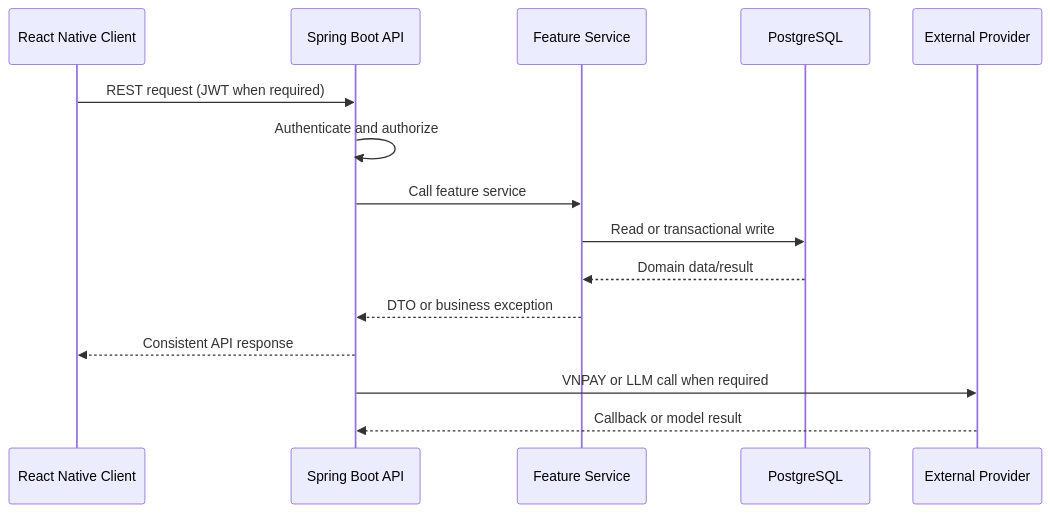
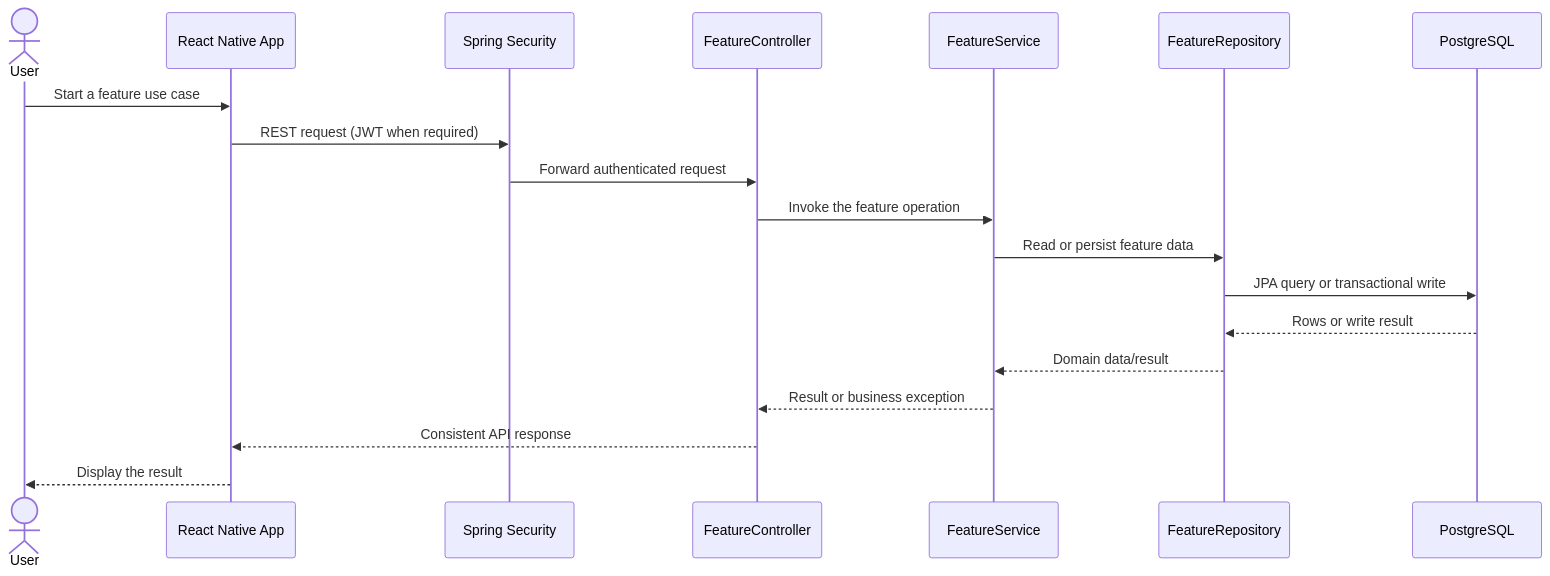
One commit to e-commercial-marketplace/commerce-platform-docs changed the second of 3 diagrams in SYSTEM_OVERVIEW.md. Above: the diagram before and after it, drawn with Mermaid. The commit also changed other lines of this file and 5 other files, not shown here.

First line of the commit message:
docs(architecture): document call path, sequence index and layers

````diff
--- a/SYSTEM_OVERVIEW.md
+++ b/SYSTEM_OVERVIEW.md
@@ -71,18 +71,22 @@
 ```mermaid
 sequenceDiagram
-    participant C as React Native Client
-    participant API as Spring Boot API
-    participant S as Feature Service
+    actor User
+    participant App as React Native App
+    participant Security as Spring Security
+    participant Controller as FeatureController
+    participant Service as FeatureService
+    participant Repository as FeatureRepository
     participant DB as PostgreSQL
-    participant EXT as External Provider
 
-    C->>API: REST request (JWT when required)
-    API->>API: Authenticate and authorize
-    API->>S: Call feature service
-    S->>DB: Read or transactional write
-    DB-->>S: Domain data/result
-    S-->>API: DTO or business exception
-    API-->>C: Consistent API response
-    API->>EXT: VNPAY or LLM call when required
-    EXT-->>API: Callback or model result
+    User->>App: Start a feature use case
+    App->>Security: REST request (JWT when required)
+    Security->>Controller: Forward authenticated request
+    Controller->>Service: Invoke the feature operation
+    Service->>Repository: Read or persist feature data
+    Repository->>DB: JPA query or transactional write
+    DB-->>Repository: Rows or write result
+    Repository-->>Service: Domain data/result
+    Service-->>Controller: Result or business exception
+    Controller-->>App: Consistent API response
+    App-->>User: Display the result
 ```
````
